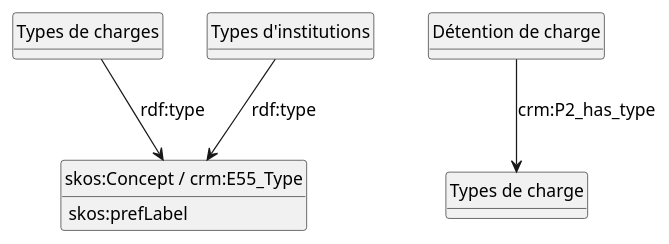
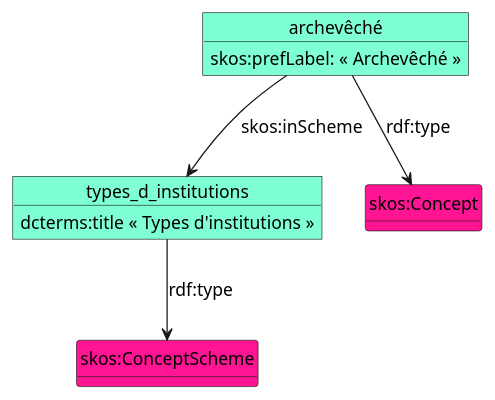
One commit to Amleth/communications changed the diagram in 20260312-cm-crm/refar-institutions.puml. Above: the diagram before and after it, drawn with PlantUML.

```diff
--- a/20260312-cm-crm/refar-institutions.puml
+++ b/20260312-cm-crm/refar-institutions.puml
@@ -1,23 +1,28 @@
-@startuml REFAR — Institutions
+@startuml "REFAR — Institutions"
+
 skinparam defaultFontName "Recursive"
 skinparam defaultFontSize 14
 hide methods
 hide circle
 
-class "Types de charges" {}
+object archevêché #Aquamarine {
+    skos:prefLabel: « Archevêché »
+}
 
-class "Types d'institutions" {}
+object types_d_institutions #Aquamarine {
+    dcterms:title « Types d'institutions »
+}
 
-class "Détention de charge" {
+class skos:Concept #DeepPink {
 
 }
 
-class "skos:Concept / crm:E55_Type" {
-    skos:prefLabel
+class skos:ConceptScheme #DeepPink {
+
 }
 
-"Types de charges" --> "skos:Concept / crm:E55_Type" : "rdf:type"
-"Types d'institutions" --> "skos:Concept / crm:E55_Type" : "rdf:type"
-"Détention de charge" --> "Types de charge" : "crm:P2_has_type"
+archevêché --> "skos:Concept" : "rdf:type"
+archevêché --> types_d_institutions : "skos:inScheme"
+types_d_institutions --> "skos:ConceptScheme" : "rdf:type"
 
 @enduml
```
